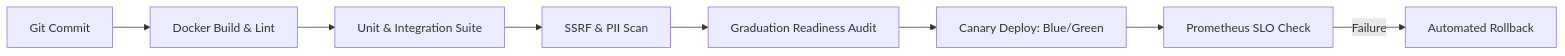
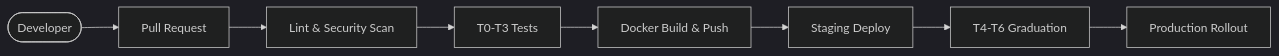
Before and after one commit to Blackdrg/levi-ai-innovate: diagram 11 of 15 in README.md, drawn with Mermaid. The commit also changed other lines of this file and 61 other files, not shown here.

````diff
--- a/README.md
+++ b/README.md
@@ -229,10 +866,11 @@
 ```mermaid
+%%{init: {'theme': 'dark', 'themeVariables': { 'primaryColor': '#ff6600'}}}%%
 graph LR
-    Commit[Git Commit] --> Build[Docker Build & Lint]
-    Build --> Test[Unit & Integration Suite]
-    Test --> Security[SSRF & PII Scan]
-    Security --> Audit[Graduation Readiness Audit]
-    Audit --> Deploy[Canary Deploy: Blue/Green]
-    Deploy --> Monitor[Prometheus SLO Check]
-    Monitor -- Failure --> Rollback[Automated Rollback]
+    Dev([Developer]) --> PR[Pull Request]
+    PR --> Lint[Lint & Security Scan]
+    Lint --> Test[T0-T3 Tests]
+    Test --> Build[Docker Build & Push]
+    Build --> Stage[Staging Deploy]
+    Stage --> Verify[T4-T6 Graduation]
+    Verify --> Prod[Production Rollout]
 ```
````
